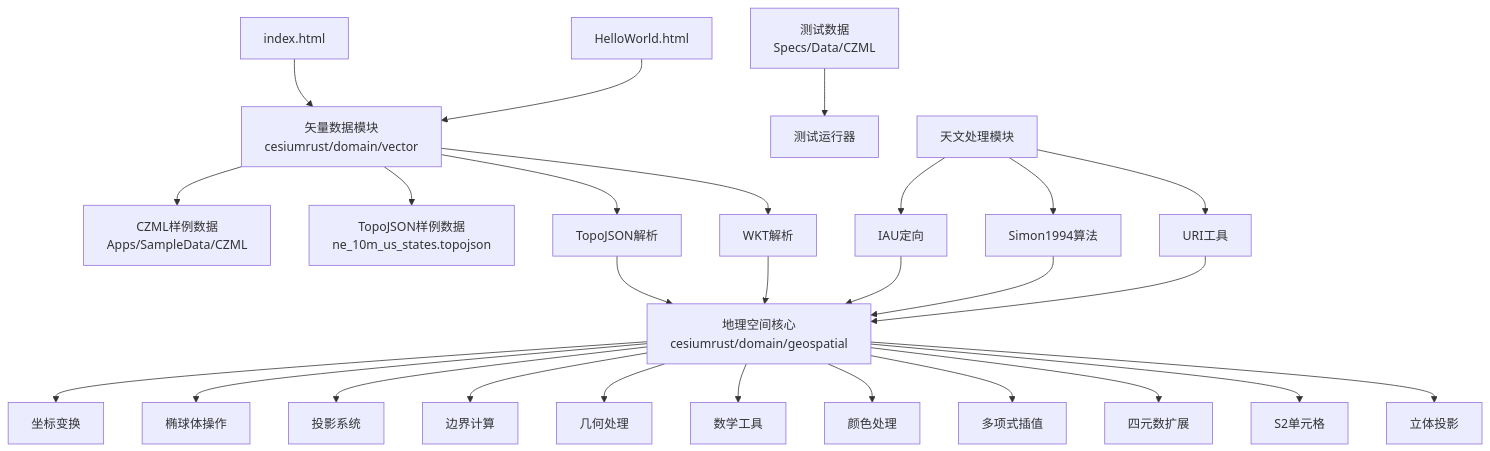
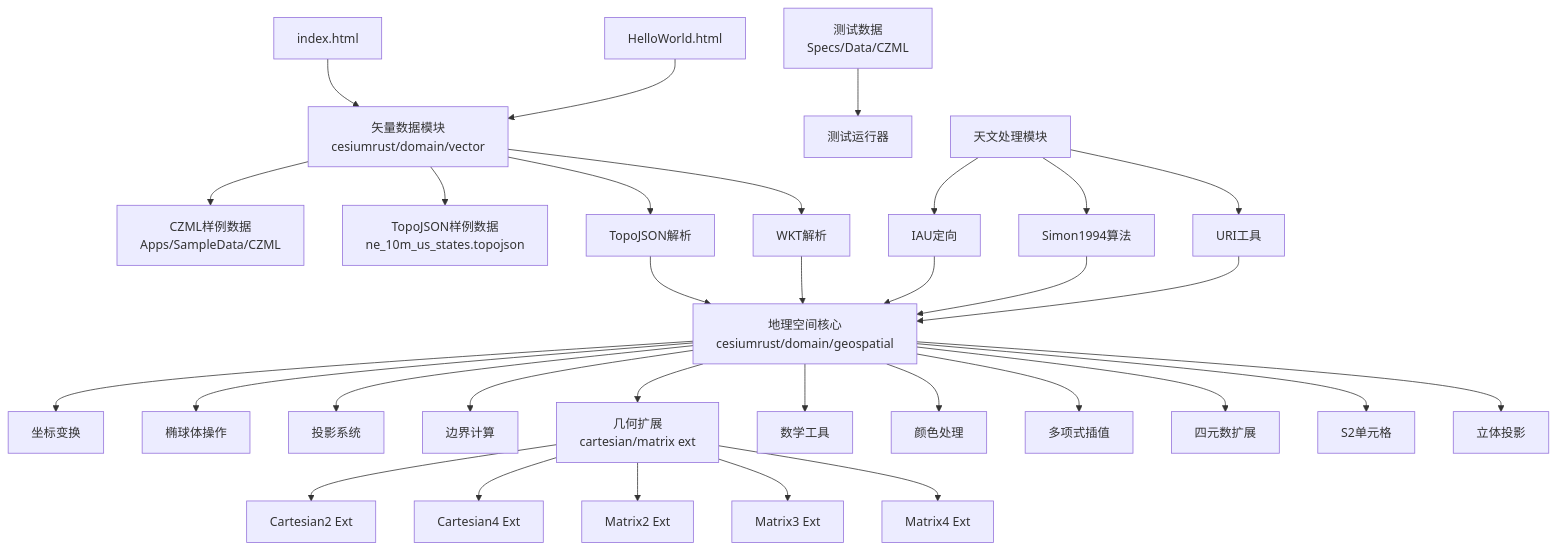
One commit to rzhangjing/cesium changed diagram 14 of 14 in .qoder/repowiki/zh/content/项目概述/核心特性/地理空间数据处理/地理空间数据处理.md. Above: the diagram before and after it, drawn with Mermaid. The commit also changed other lines of this file and 32 other files, not shown here.

````diff
--- a/.qoder/repowiki/zh/content/项目概述/核心特性/地理空间数据处理/地理空间数据处理.md
+++ b/.qoder/repowiki/zh/content/项目概述/核心特性/地理空间数据处理/地理空间数据处理.md
@@ -715,29 +813,34 @@
 ```mermaid
 graph TB
 I["index.html"] --> V["CesiumViewer.js"]
 H["HelloWorld.html"] --> V
 V --> D1["CZML样例数据<br/>Apps/SampleData/CZML"]
 V --> D2["TopoJSON样例数据<br/>ne_10m_us_states.topojson"]
 T["测试数据<br/>Specs/Data/CZML"] --> R["测试运行器"]
 G["地理空间核心<br/>cesiumrust/domain/geospatial"] --> CT["坐标变换"]
 G --> EL["椭球体操作"]
 G --> PR["投影系统"]
 G --> BD["边界计算"]
 G --> GE["几何处理"]
 G --> MT["数学工具"]
 G --> CL["颜色处理"]
 G --> PL["多项式插值"]
 G --> QE["四元数扩展"]
 G --> SC["S2单元格"]
 G --> ST["立体投影"]
+GE["几何扩展<br/>cartesian/matrix ext"] --> C2["Cartesian2 Ext"]
+GE --> C4["Cartesian4 Ext"]
+GE --> M2["Matrix2 Ext"]
+GE --> M3["Matrix3 Ext"]
+GE --> M4["Matrix4 Ext"]
 V["矢量数据模块<br/>cesiumrust/domain/vector"] --> TJ["TopoJSON解析"]
 V --> WK["WKT解析"]
 TJ --> G
 WK --> G
 A["天文处理模块"] --> IA["IAU定向"]
 A --> SP["Simon1994算法"]
 A --> UR["URI工具"]
 IA --> G
 SP --> G
 UR --> G
 ```
````
